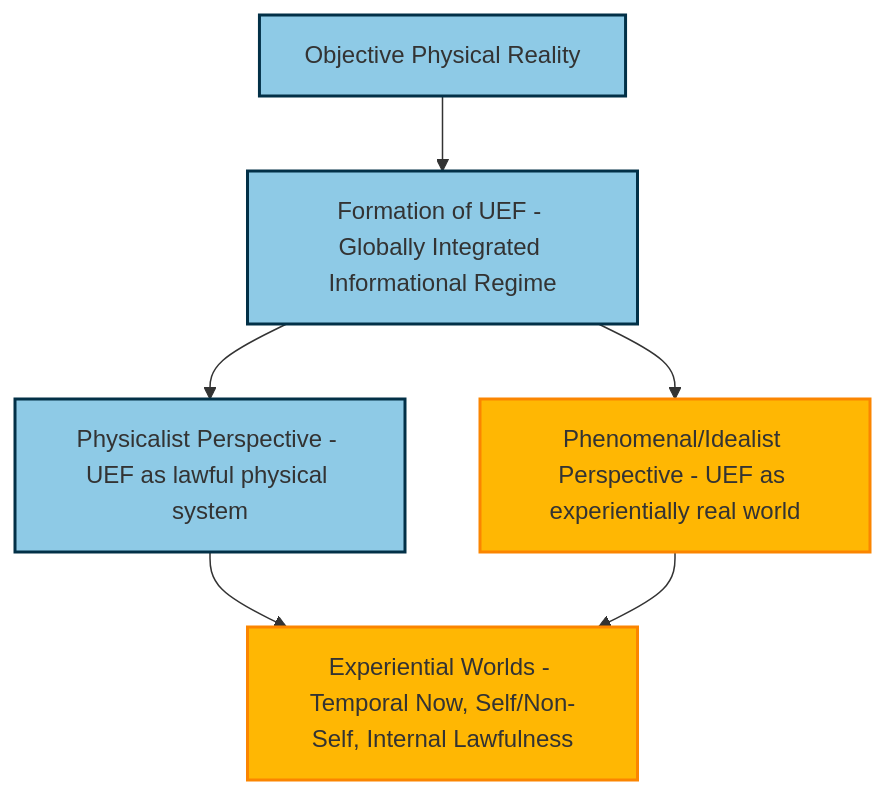
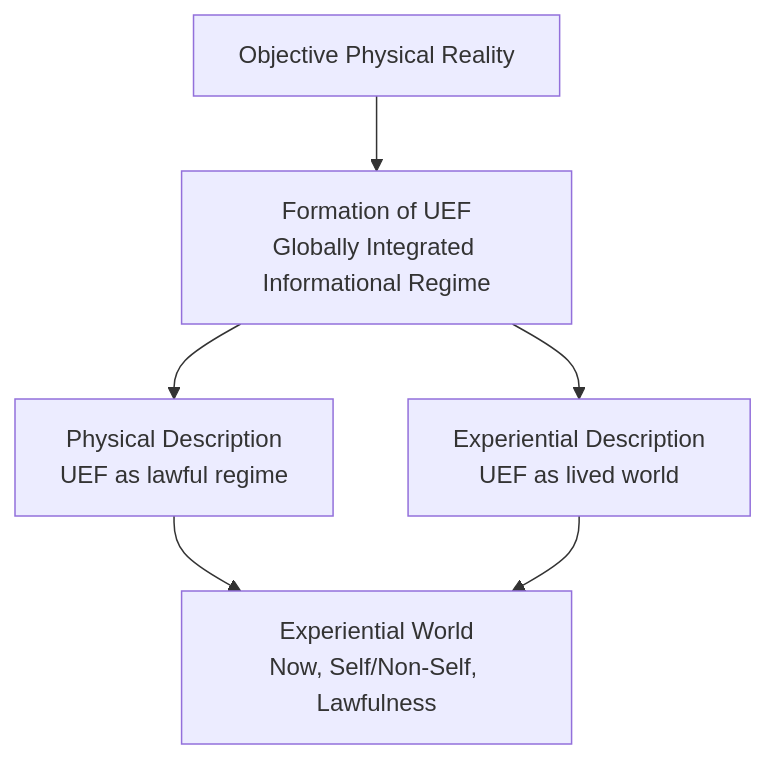
The diagram in IER/IER-theory.md (mlehotay/ier), drawn with Mermaid before and after one commit. The commit also changed other lines of this file and 4 other files, not shown here.

````diff
--- a/IER/IER-theory.md
+++ b/IER/IER-theory.md
@@ -21,21 +302,14 @@
 ```mermaid
 flowchart TD
     A[Objective Physical Reality]
-    B[Formation of UEF - Globally Integrated Informational Regime]
-    C1[Physicalist Perspective - UEF as lawful physical system]
-    C2[Phenomenal/Idealist Perspective - UEF as experientially real world]
-    D[Experiential Worlds - Temporal Now, Self/Non-Self, Internal Lawfulness]
+    B[Formation of UEF<br/>Globally Integrated Informational Regime]
+    C1[Physical Description<br/>UEF as lawful regime]
+    C2[Experiential Description<br/>UEF as lived world]
+    D[Experiential World<br/>Now, Self/Non-Self, Lawfulness]
 
     A --> B
     B --> C1
     B --> C2
     C1 --> D
     C2 --> D
-
-    classDef physical fill:#8ecae6,stroke:#023047,stroke-width:2px;
-    classDef phenomenal fill:#ffb703,stroke:#fb8500,stroke-width:2px;
-    class A,B physical;
-    class C1 physical;
-    class C2 phenomenal;
-    class D phenomenal;
 ```
````
